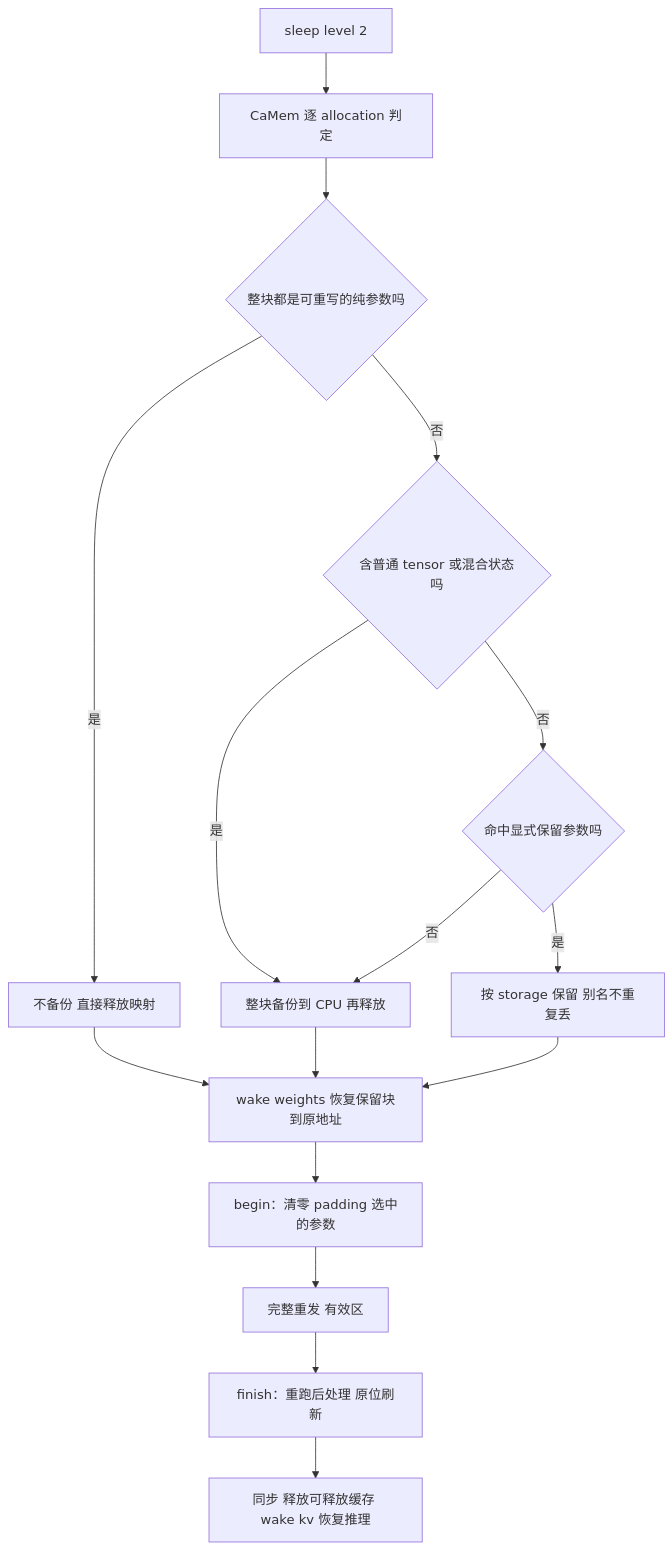
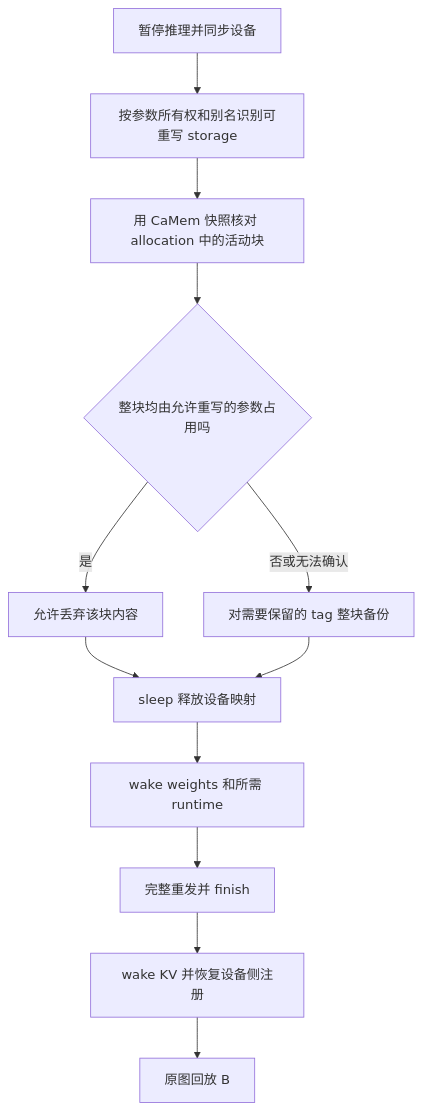
One commit to wuruiyun/blue-zone-wiki changed diagram 13 of 15 in vllm-rfc54477-direct-reload-ascend.md. Above: the diagram before and after it, drawn with Mermaid. The commit also changed other lines of this file, not shown here.

````diff
--- a/vllm-rfc54477-direct-reload-ascend.md
+++ b/vllm-rfc54477-direct-reload-ascend.md
@@ -804,18 +806,14 @@
 ```mermaid
 flowchart TD
-  A["sleep level 2"] --> B["CaMem 逐 allocation 判定"]
-  B --> C{"整块都是可重写的纯参数吗"}
-  C -->|"是"| D["不备份 直接释放映射"]
-  C -->|"否"| E{"含普通 tensor 或混合状态吗"}
-  E -->|"是"| F["整块备份到 CPU 再释放"]
-  E -->|"否"| G{"命中显式保留参数吗"}
-  G -->|"是"| H["按 storage 保留 别名不重复丢"]
-  G -->|"否"| F
-  D --> I["wake weights 恢复保留块到原地址"]
-  F --> I
-  H --> I
-  I --> J["begin：清零 padding 选中的参数"]
-  J --> K["完整重发 有效区"]
-  K --> L["finish：重跑后处理 原位刷新"]
-  L --> M["同步 释放可释放缓存 wake kv 恢复推理"]
+  A["暂停推理并同步设备"] --> B["按参数所有权和别名识别可重写 storage"]
+  B --> C["用 CaMem 快照核对 allocation 中的活动块"]
+  C --> D{"整块均由允许重写的参数占用吗"}
+  D -->|"是"| E["允许丢弃该块内容"]
+  D -->|"否或无法确认"| F["对需要保留的 tag 整块备份"]
+  E --> G["sleep 释放设备映射"]
+  F --> G
+  G --> H["wake weights 和所需 runtime"]
+  H --> I["完整重发并 finish"]
+  I --> J["wake KV 并恢复设备侧注册"]
+  J --> K["原图回放 B"]
 ```
````
